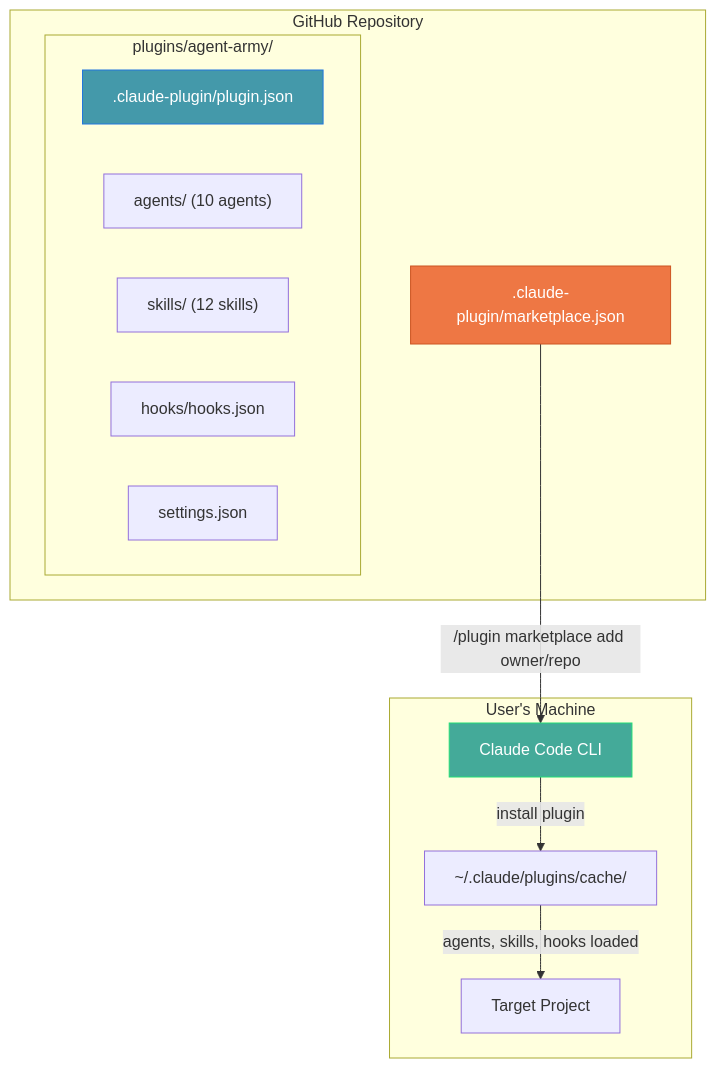
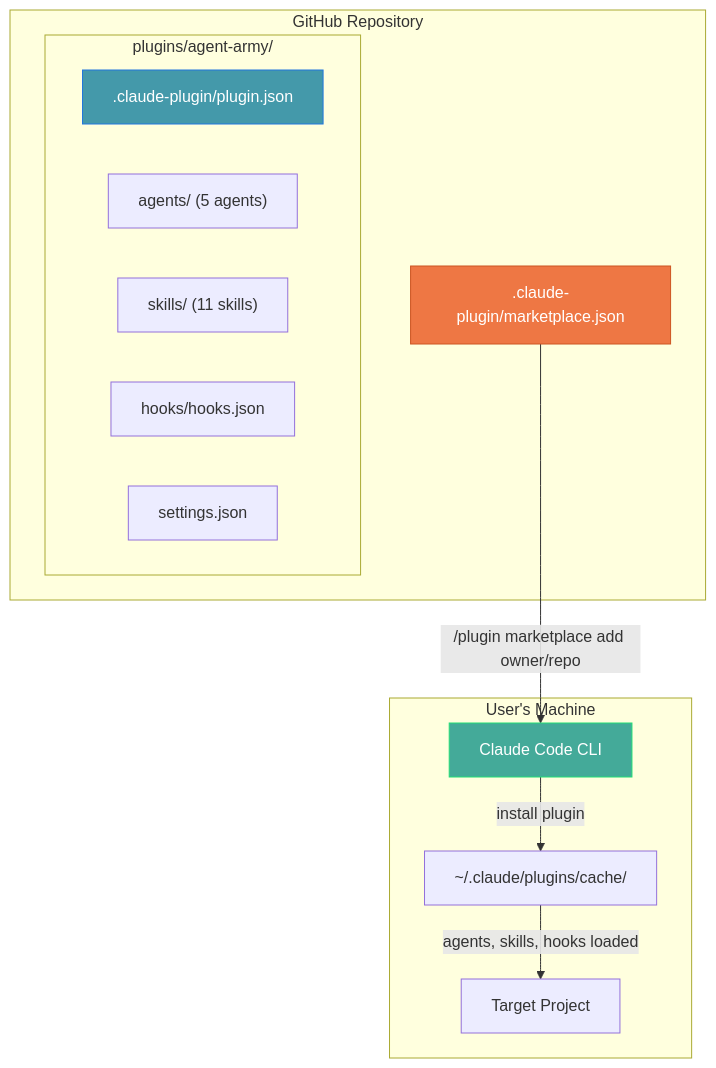
Diagram 16 of 18 in docs/AGENT-ARMY-DESIGN.md (Muheng1992/symbiotic-engineering), drawn with Mermaid before and after one commit. The commit also changed other lines of this file and 46 other files, not shown here.

````diff
--- a/docs/AGENT-ARMY-DESIGN.md
+++ b/docs/AGENT-ARMY-DESIGN.md
@@ -943,27 +850,27 @@
 ```mermaid
 graph TB
     subgraph "GitHub Repository"
         MK[".claude-plugin/marketplace.json"]
         subgraph "plugins/agent-army/"
             PJ[".claude-plugin/plugin.json"]
-            AG["agents/ (10 agents)"]
-            SK["skills/ (12 skills)"]
+            AG["agents/ (5 agents)"]
+            SK["skills/ (11 skills)"]
             HK["hooks/hooks.json"]
             ST["settings.json"]
         end
     end
 
     subgraph "User's Machine"
         CC[Claude Code CLI]
         CACHE["~/.claude/plugins/cache/"]
         PROJ["Target Project"]
     end
 
     MK -->|"/plugin marketplace add owner/repo"| CC
     CC -->|"install plugin"| CACHE
     CACHE -->|"agents, skills, hooks loaded"| PROJ
 
     style MK fill:#e74,stroke:#c52,color:#fff
     style PJ fill:#49a,stroke:#27d,color:#fff
     style CC fill:#4a9,stroke:#2d7,color:#fff
 ```
````
